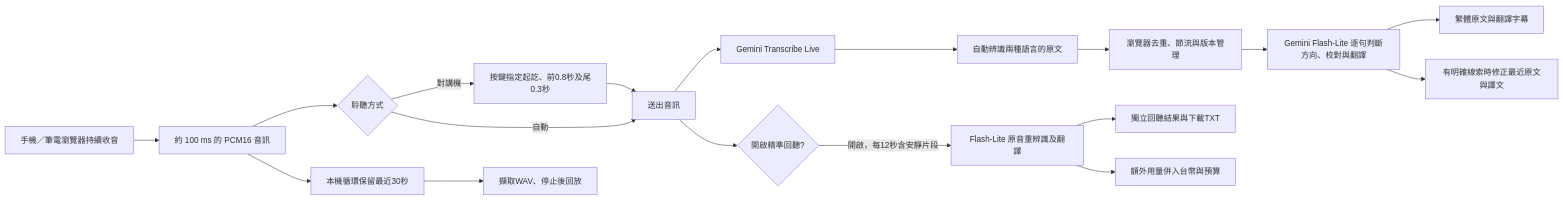
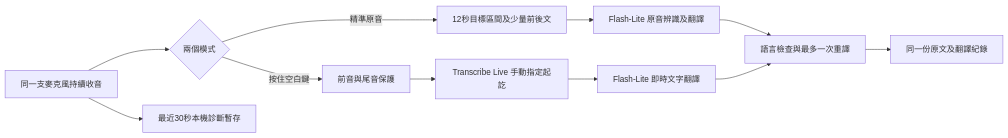
The diagram in realtime-text/README.zh-TW.md (jerome956123/translator_system), drawn with Mermaid before and after one commit. The commit also changed other lines of this file and 36 other files, not shown here.

````diff
--- a/realtime-text/README.zh-TW.md
+++ b/realtime-text/README.zh-TW.md
@@ -171,20 +98,13 @@
 ```mermaid
 flowchart LR
-    A[手機／筆電瀏覽器持續收音] --> B[約 100 ms 的 PCM16 音訊]
-    B --> P{聆聽方式}
-    P -->|對講機| Q[按鍵指定起訖、前0.8秒及尾0.3秒]
-    P -->|自動| R[送出音訊]
-    Q --> R
-    R --> C[Gemini Transcribe Live]
-    B --> I[本機循環保留最近30秒]
-    I --> J[擷取WAV、停止後回放]
-    R --> K{開啟精準回聽?}
-    K -->|開啟，每12秒含安靜片段| L[Flash-Lite 原音重辨識及翻譯]
-    L --> M[獨立回聽結果與下載TXT]
-    L --> N[額外用量併入台幣與預算]
-    C --> D[自動辨識兩種語言的原文]
-    D --> E[瀏覽器去重、節流與版本管理]
-    E --> F[Gemini Flash-Lite 逐句判斷方向、校對與翻譯]
-    F --> G[繁體原文與翻譯字幕]
-    F --> H[有明確線索時修正最近原文與譯文]
+  A[同一支麥克風持續收音] --> B{兩個模式}
+  B -->|精準原音| C[12秒目標區間及少量前後文]
+  C --> D[Flash-Lite 原音辨識及翻譯]
+  B -->|按住空白鍵| E[前音與尾音保護]
+  E --> F[Transcribe Live 手動指定起訖]
+  F --> G[Flash-Lite 即時文字翻譯]
+  D --> H[語言檢查與最多一次重譯]
+  G --> H
+  H --> I[同一份原文及翻譯紀錄]
+  A --> J[最近30秒本機診斷暫存]
 ```
````
